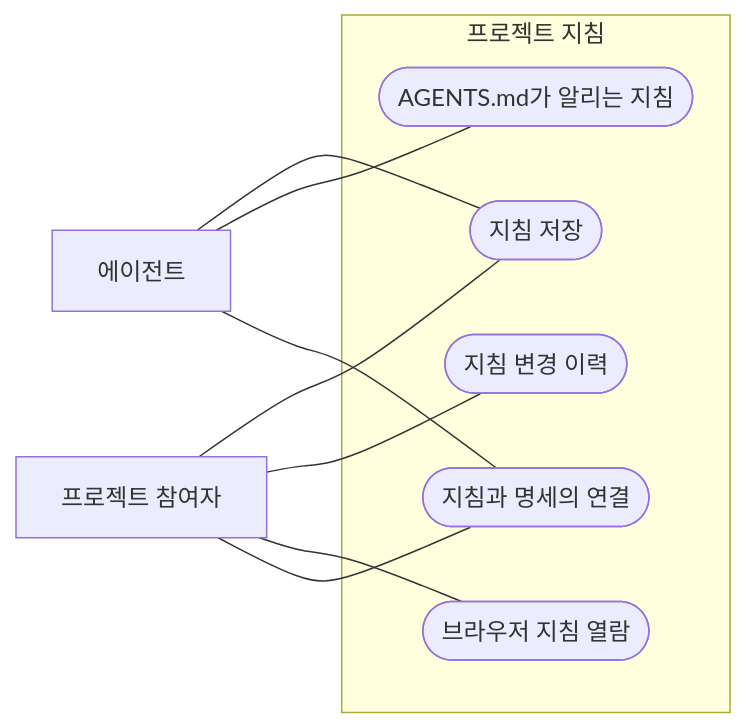
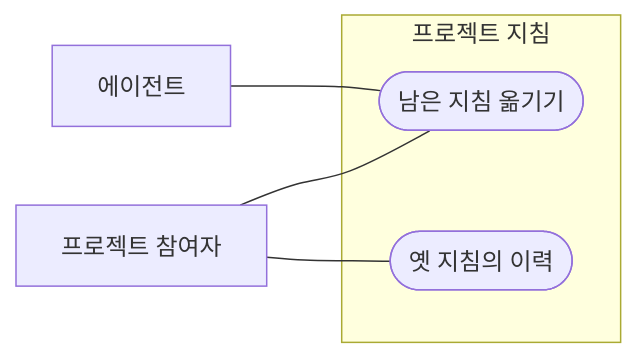
Before and after one commit to dev-goraebap/gitifact: the diagram in .gitifact/spec/instructions/index.md, drawn with Mermaid. The commit also changed other lines of this file and 65 other files, not shown here.

````diff
--- a/.gitifact/spec/instructions/index.md
+++ b/.gitifact/spec/instructions/index.md
@@ -11,19 +11,12 @@
 ```mermaid
 flowchart LR
   member[프로젝트 참여자]
   agent[에이전트]
   subgraph instructions[프로젝트 지침]
-    uc1([지침 저장])
-    uc2([AGENTS.md가 알리는 지침])
-    uc3([지침 변경 이력])
-    uc4([브라우저 지침 열람])
-    uc5([지침과 명세의 연결])
+    uc1([남은 지침 옮기기])
+    uc2([옛 지침의 이력])
   end
+  agent --- uc1
   member --- uc1
-  agent --- uc1
-  agent --- uc2
-  member --- uc3
-  member --- uc4
-  agent --- uc5
-  member --- uc5
+  member --- uc2
 ```
````
